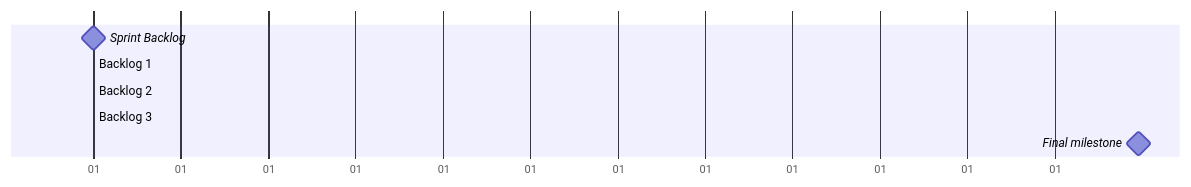
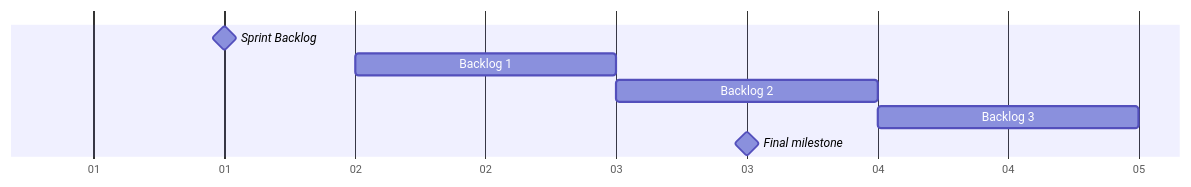
Before and after one commit to Iagocds/Projeto-Integrado: the second of 2 diagrams in sprint.md, drawn with Mermaid.

````diff
--- a/sprint.md
+++ b/sprint.md
@@ -24,10 +24,10 @@
 ```mermaid
 gantt
     dateFormat D
     axisFormat %d
-    Sprint Backlog : milestone, m1, 0, 0d
+    Sprint Backlog : milestone, m1, 1, 1d
     Backlog 1 : 1d
     Backlog 2 : 1d
     Backlog 3 : 1d
-    Final milestone : milestone, m2, 3, 0d
+    Final milestone : milestone, m2, 3, 1d
 ```
````
